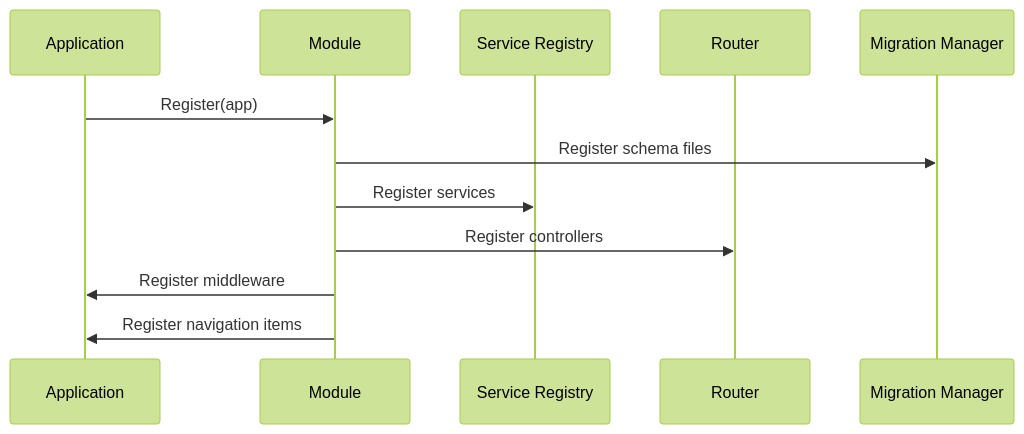
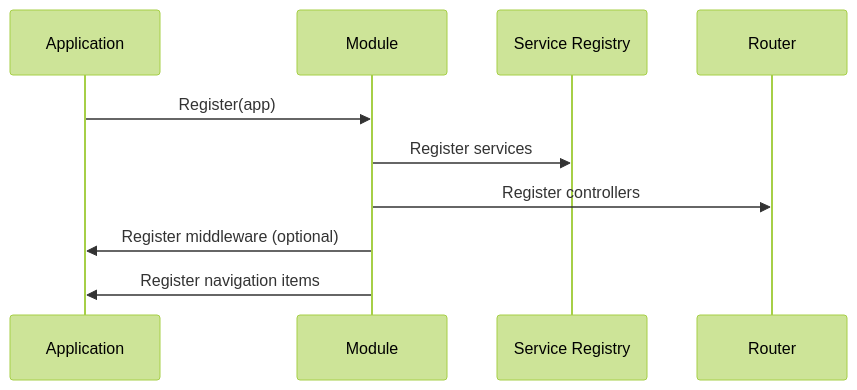
One commit to iota-uz/iota-sdk changed the second of 13 diagrams in docs/content/architecture/module-system.mdx. Above: the diagram before and after it, drawn with Mermaid (forest theme). The commit also changed other lines of this file and 26 other files, not shown here.

````diff
--- a/docs/content/architecture/module-system.mdx
+++ b/docs/content/architecture/module-system.mdx
@@ -27,15 +27,13 @@
 ```mermaid
 sequenceDiagram
     participant App as Application
     participant Mod as Module
     participant Registry as Service Registry
     participant Router as Router
-    participant Migrations as Migration Manager
     
     App->>Mod: Register(app)
-    Mod->>Migrations: Register schema files
     Mod->>Registry: Register services
     Mod->>Router: Register controllers
-    Mod->>App: Register middleware
+    Mod->>App: Register middleware (optional)
     Mod->>App: Register navigation items
 ```
````
